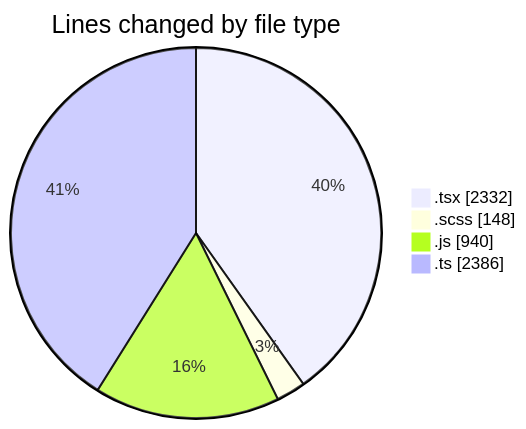
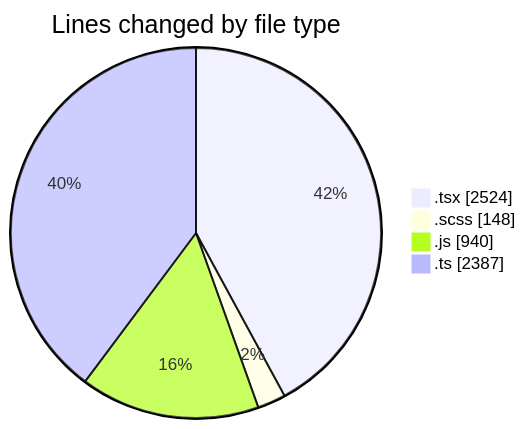
Before and after one commit to momahboobian/code-tracking: the first of 2 diagrams in 2026-07-15/cda/README.md, drawn with Mermaid. The commit also changed other lines of this file and 1 other file, not shown here.

````diff
--- a/2026-07-15/cda/README.md
+++ b/2026-07-15/cda/README.md
@@ -51,8 +51,8 @@
 ```mermaid
 pie showData
 title Lines changed by file type
-".tsx" : 2332
+".tsx" : 2524
 ".scss" : 148
 ".js" : 940
-".ts" : 2386
+".ts" : 2387
 ```
````
